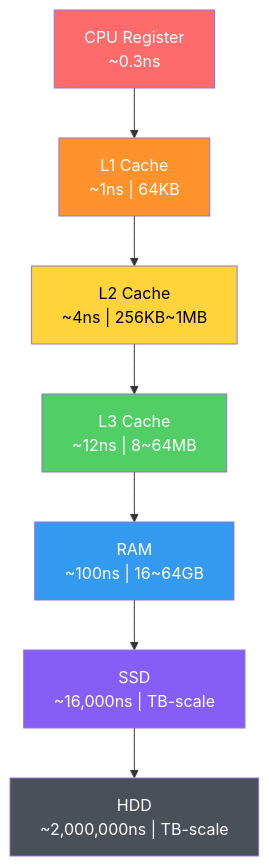
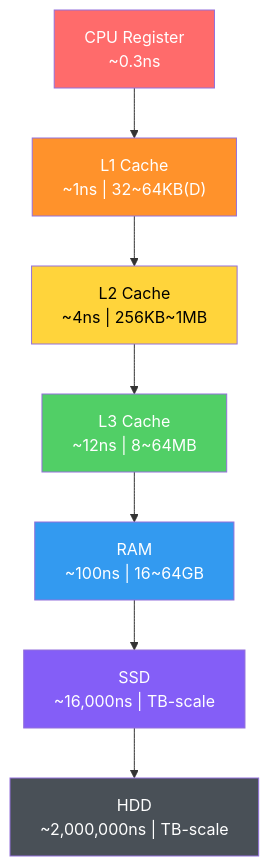
The first of 4 diagrams in _posts/CS/2026-03-10-ArrayAndLinkedList.en.md (Epheria/Epheria.github.io), drawn with Mermaid before and after one commit. The commit also changed other lines of this file and 2 other files, not shown here.

````diff
--- a/_posts/CS/2026-03-10-ArrayAndLinkedList.en.md
+++ b/_posts/CS/2026-03-10-ArrayAndLinkedList.en.md
@@ -84,17 +84,17 @@
 ```mermaid
 graph TD
-    REG["CPU Register<br/>~0.3ns"] --> L1["L1 Cache<br/>~1ns | 64KB"]
+    REG["CPU Register<br/>~0.3ns"] --> L1["L1 Cache<br/>~1ns | 32~64KB(D)"]
     L1 --> L2["L2 Cache<br/>~4ns | 256KB~1MB"]
     L2 --> L3["L3 Cache<br/>~12ns | 8~64MB"]
     L3 --> RAM["RAM<br/>~100ns | 16~64GB"]
     RAM --> SSD["SSD<br/>~16,000ns | TB-scale"]
     SSD --> HDD["HDD<br/>~2,000,000ns | TB-scale"]
 
     style REG fill:#ff6b6b,color:#fff
     style L1 fill:#ff922b,color:#fff
     style L2 fill:#ffd43b,color:#000
     style L3 fill:#51cf66,color:#fff
     style RAM fill:#339af0,color:#fff
     style SSD fill:#845ef7,color:#fff
     style HDD fill:#495057,color:#fff
 ```
````
